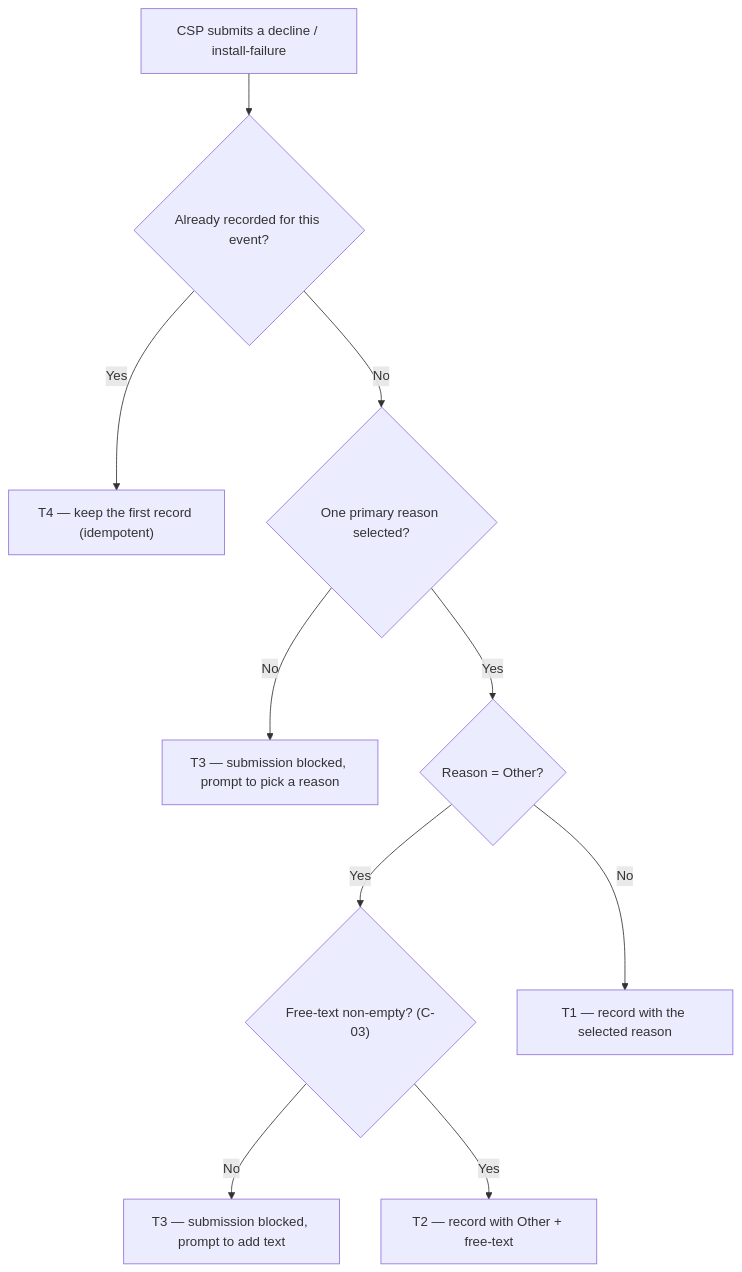
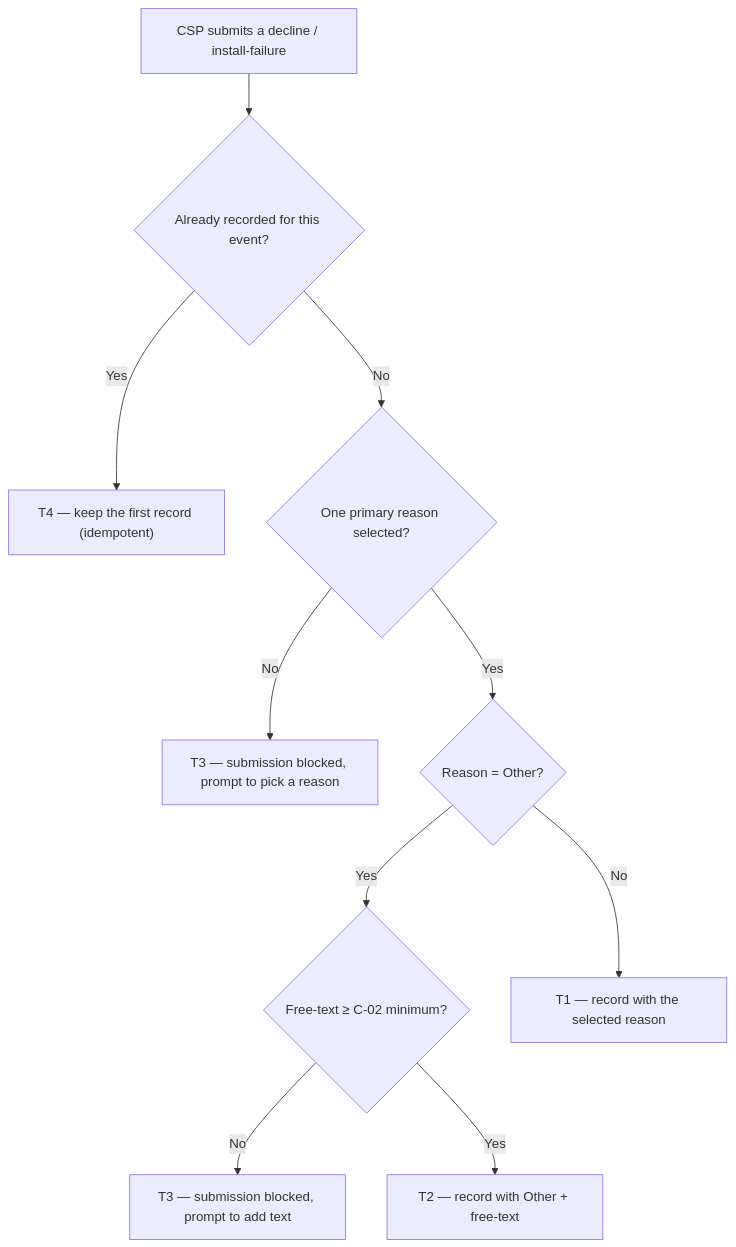
One commit to ashish-raj-wiom/decline-reason-set-prd changed the diagram in Decline_Reason_Set_PRD.md. Above: the diagram before and after it, drawn with Mermaid. The commit also changed other lines of this file and 1 other file, not shown here.

````diff
--- a/Decline_Reason_Set_PRD.md
+++ b/Decline_Reason_Set_PRD.md
@@ -73,12 +73,12 @@
 ```mermaid
 flowchart TD
     A["CSP submits a decline / install-failure"] --> Z{"Already recorded for this event?"}
     Z -- "Yes" --> T4["T4 — keep the first record (idempotent)"]
     Z -- "No" --> B{"One primary reason selected?"}
     B -- "No" --> T3["T3 — submission blocked, prompt to pick a reason"]
     B -- "Yes" --> C{"Reason = Other?"}
-    C -- "Yes" --> D{"Free-text non-empty? (C-03)"}
+    C -- "Yes" --> D{"Free-text ≥ C-02 minimum?"}
     D -- "No" --> T3b["T3 — submission blocked, prompt to add text"]
     D -- "Yes" --> T2["T2 — record with Other + free-text"]
     C -- "No" --> T1["T1 — record with the selected reason"]
 ```
````
